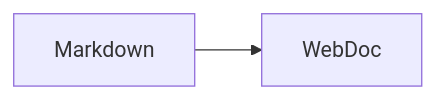
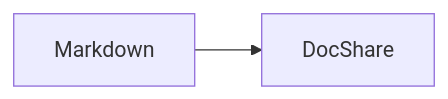
The first of 2 diagrams in tests/fixtures/project-alpha/README.md (agol586/webdoc), drawn with Mermaid before and after one commit. The commit also changed 24 other files, not shown here.

Commit message:
refactor: rename WebDoc to DocShare

````diff
--- a/tests/fixtures/project-alpha/README.md
+++ b/tests/fixtures/project-alpha/README.md
@@ -5,4 +5,4 @@
 ```mermaid
 flowchart LR
-  A[Markdown] --> B[WebDoc]
+  A[Markdown] --> B[DocShare]
 ```
````
